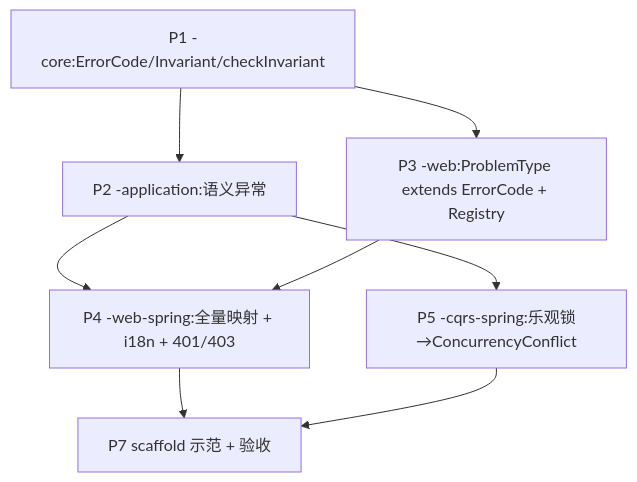
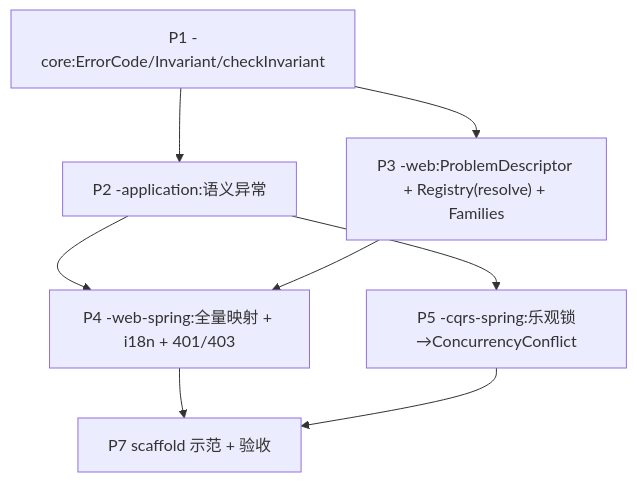
The diagram in docs/plan/plan-00002-exception-model-implementation.md (ryan-alexander-zhang/ai-native-project-template), drawn with Mermaid before and after one commit. The commit also changed other lines of this file and 3 other files, not shown here.

First line of the commit message:
docs: propagate ErrorCode → ProblemDescriptor (C+) through analysis/decision/plan

````diff
--- a/docs/plan/plan-00002-exception-model-implementation.md
+++ b/docs/plan/plan-00002-exception-model-implementation.md
@@ -33,10 +33,10 @@
 ```mermaid
 flowchart TD
   P1["P1 -core:ErrorCode/Invariant/checkInvariant"] --> P2["P2 -application:语义异常"]
-  P1 --> P3["P3 -web:ProblemType extends ErrorCode + Registry"]
+  P1 --> P3["P3 -web:ProblemDescriptor + Registry(resolve) + Families"]
   P2 --> P4["P4 -web-spring:全量映射 + i18n + 401/403"]
   P3 --> P4
   P2 --> P5["P5 -cqrs-spring:乐观锁→ConcurrencyConflict"]
   P4 --> P7["P7 scaffold 示范 + 验收"]
   P5 --> P7
 ```
````
